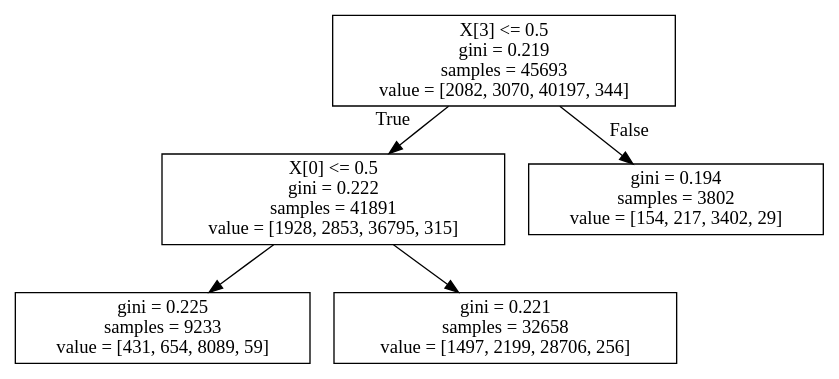
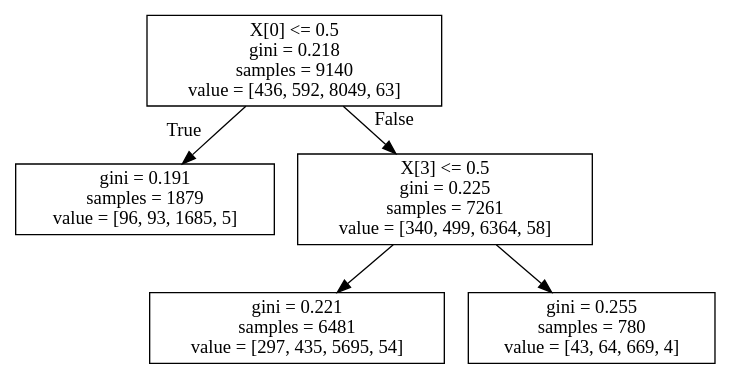
One commit to jesbu1/viper changed the diagram in data/vizdoom/ppo/0005r2+vizdoo_config_file=vi_en_as_sc_de_th_li.cfg+max_depth=6+n_batch_rollou=10+max_samples=400000+max_iters=80+train_frac=0.8+is_reweight=True/dt_policy.dot. Above: the diagram before and after it, drawn with Graphviz. The commit also changed 455 other files, not shown here.

```diff
--- a/data/vizdoom/ppo/0005r2+vizdoo_config_file=vi_en_as_sc_de_th_li.cfg+max_depth=6+n_batch_rollou=10+max_samples=400000+max_iters=80+train_frac=0.8+is_reweight=True/dt_policy.dot
+++ b/data/vizdoom/ppo/0005r2+vizdoo_config_file=vi_en_as_sc_de_th_li.cfg+max_depth=6+n_batch_rollou=10+max_samples=400000+max_iters=80+train_frac=0.8+is_reweight=True/dt_policy.dot
@@ -1,12 +1,12 @@
 digraph Tree {
 node [shape=box] ;
-0 [label="X[3] <= 0.5\ngini = 0.219\nsamples = 45693\nvalue = [2082, 3070, 40197, 344]"] ;
-1 [label="X[0] <= 0.5\ngini = 0.222\nsamples = 41891\nvalue = [1928, 2853, 36795, 315]"] ;
+0 [label="X[0] <= 0.5\ngini = 0.218\nsamples = 9140\nvalue = [436, 592, 8049, 63]"] ;
+1 [label="gini = 0.191\nsamples = 1879\nvalue = [96, 93, 1685, 5]"] ;
 0 -> 1 [labeldistance=2.5, labelangle=45, headlabel="True"] ;
-2 [label="gini = 0.225\nsamples = 9233\nvalue = [431, 654, 8089, 59]"] ;
-1 -> 2 ;
-3 [label="gini = 0.221\nsamples = 32658\nvalue = [1497, 2199, 28706, 256]"] ;
-1 -> 3 ;
-4 [label="gini = 0.194\nsamples = 3802\nvalue = [154, 217, 3402, 29]"] ;
-0 -> 4 [labeldistance=2.5, labelangle=-45, headlabel="False"] ;
+2 [label="X[3] <= 0.5\ngini = 0.225\nsamples = 7261\nvalue = [340, 499, 6364, 58]"] ;
+0 -> 2 [labeldistance=2.5, labelangle=-45, headlabel="False"] ;
+3 [label="gini = 0.221\nsamples = 6481\nvalue = [297, 435, 5695, 54]"] ;
+2 -> 3 ;
+4 [label="gini = 0.255\nsamples = 780\nvalue = [43, 64, 669, 4]"] ;
+2 -> 4 ;
 }
```
